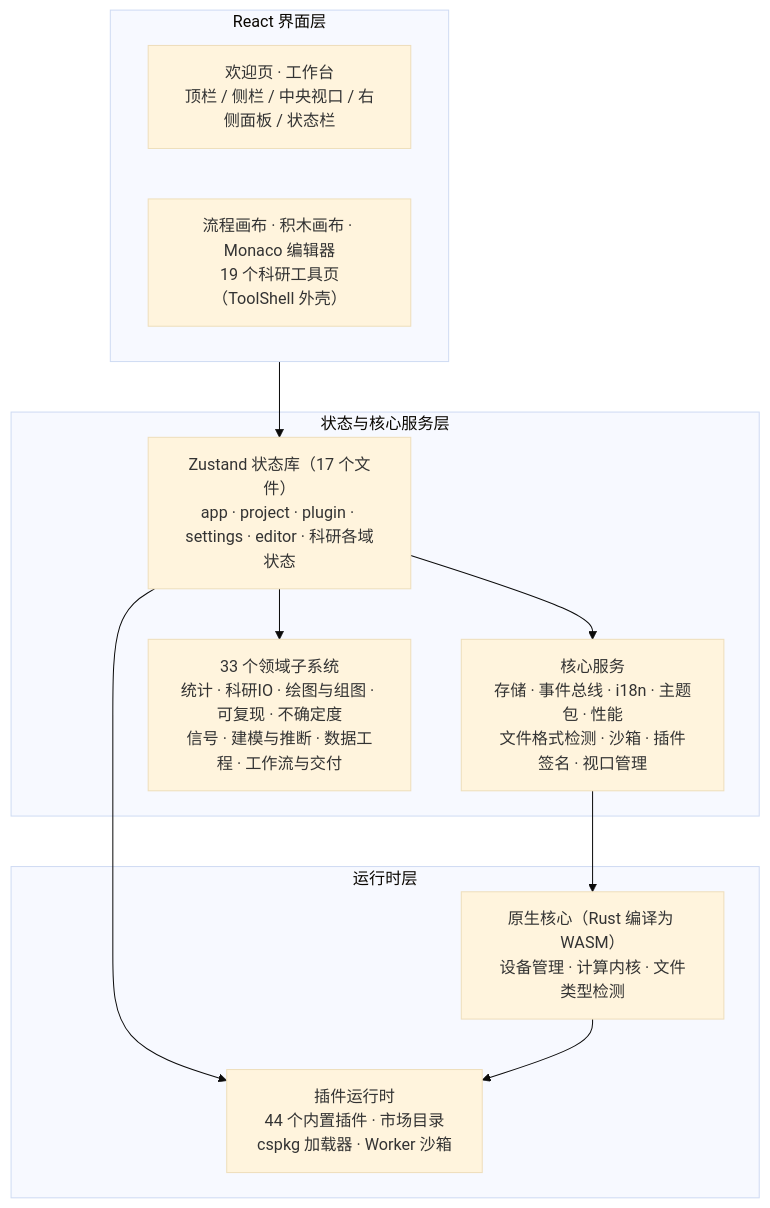
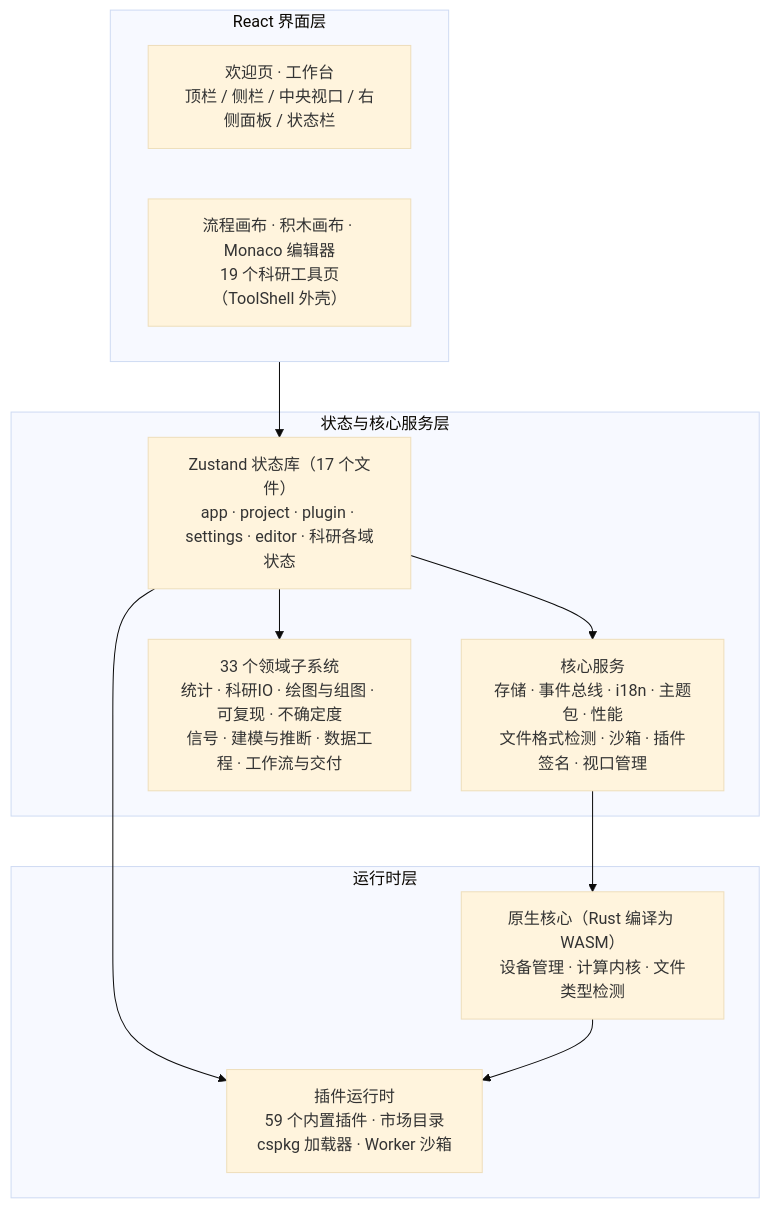
Before and after one commit to SnowLeopard-io/ErgalicsStudio: the second of 3 diagrams in docs/technical/01-产品介绍.md, drawn with Mermaid (base theme). The commit also changed other lines of this file and 23 other files, not shown here.

````diff
--- a/docs/technical/01-产品介绍.md
+++ b/docs/technical/01-产品介绍.md
@@ -92,22 +92,22 @@
 ```mermaid
 flowchart TB
     subgraph UI["React 界面层"]
         A1["欢迎页 · 工作台<br/>顶栏 / 侧栏 / 中央视口 / 右侧面板 / 状态栏"]
         A2["流程画布 · 积木画布 · Monaco 编辑器<br/>19 个科研工具页（ToolShell 外壳）"]
     end
     subgraph State["状态与核心服务层"]
         B1["Zustand 状态库（17 个文件）<br/>app · project · plugin · settings · editor · 科研各域状态"]
         B2["核心服务<br/>存储 · 事件总线 · i18n · 主题包 · 性能<br/>文件格式检测 · 沙箱 · 插件签名 · 视口管理"]
         B3["33 个领域子系统<br/>统计 · 科研IO · 绘图与组图 · 可复现 · 不确定度<br/>信号 · 建模与推断 · 数据工程 · 工作流与交付"]
     end
     subgraph Runtime["运行时层"]
-        C1["插件运行时<br/>44 个内置插件 · 市场目录<br/>cspkg 加载器 · Worker 沙箱"]
+        C1["插件运行时<br/>59 个内置插件 · 市场目录<br/>cspkg 加载器 · Worker 沙箱"]
         C2["原生核心（Rust 编译为 WASM）<br/>设备管理 · 计算内核 · 文件类型检测"]
     end
     UI --> B1
     B1 --> B2
     B1 --> B3
     B1 --> C1
     B2 --> C2
     C2 --> C1
 ```
````
